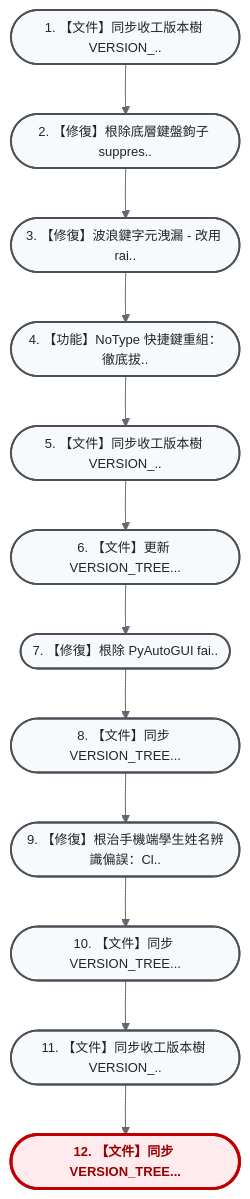
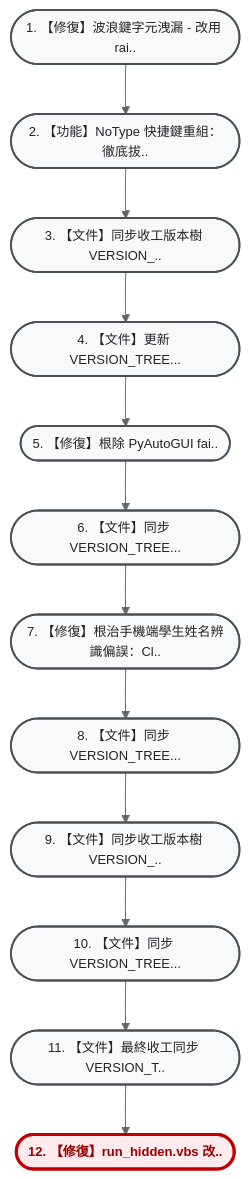
The diagram in VERSION_TREE.md (hjen8/NoType-Scribe), drawn with Mermaid (neutral theme) before and after one commit. The commit also changed other lines of this file, not shown here.

Commit message:
docs: 同步 VERSION_TREE.md 版本樹

````diff
--- a/VERSION_TREE.md
+++ b/VERSION_TREE.md
@@ -13,30 +13,30 @@
 ```mermaid
 flowchart TD
     %% 雙壁版本樹專用視覺化配色風格 (由上而下 TD 垂直大字純中文版)
     classDef default fill:#f8f9fa,stroke:#495057,stroke-width:1.8px,color:#212529,font-size:13px;
     classDef current fill:#ffebee,stroke:#c00000,stroke-width:3px,color:#900,font-weight:bold,font-size:13px;
     classDef mergeNode fill:#e3f2fd,stroke:#1565c0,stroke-width:2px,color:#0d47a1,font-size:13px;
-    n_7723cba(["1. 【文件】同步收工版本樹 VERSION_.."]):::default
-    n_e2bc0e4(["2. 【修復】根除底層鍵盤鉤子 suppres.."]):::default
-    n_3a6b4ee(["3. 【修復】波浪鍵字元洩漏 - 改用 rai.."]):::default
-    n_112030c(["4. 【功能】NoType 快捷鍵重組：徹底拔.."]):::default
-    n_fde5927(["5. 【文件】同步收工版本樹 VERSION_.."]):::default
-    n_d139599(["6. 【文件】更新 VERSION_TREE..."]):::default
-    n_9ebe870(["7. 【修復】根除 PyAutoGUI fai.."]):::default
-    n_9480dc7(["8. 【文件】同步 VERSION_TREE..."]):::default
-    n_e1c1c9f(["9. 【修復】根治手機端學生姓名辨識偏誤：Cl.."]):::default
-    n_b75d44f(["10. 【文件】同步 VERSION_TREE..."]):::default
-    n_79089d2(["11. 【文件】同步收工版本樹 VERSION_.."]):::default
-    n_0029f92(["12. 【文件】同步 VERSION_TREE..."]):::current
-    n_7723cba --> n_e2bc0e4
-    n_e2bc0e4 --> n_3a6b4ee
+    n_3a6b4ee(["1. 【修復】波浪鍵字元洩漏 - 改用 rai.."]):::default
+    n_112030c(["2. 【功能】NoType 快捷鍵重組：徹底拔.."]):::default
+    n_fde5927(["3. 【文件】同步收工版本樹 VERSION_.."]):::default
+    n_d139599(["4. 【文件】更新 VERSION_TREE..."]):::default
+    n_9ebe870(["5. 【修復】根除 PyAutoGUI fai.."]):::default
+    n_9480dc7(["6. 【文件】同步 VERSION_TREE..."]):::default
+    n_e1c1c9f(["7. 【修復】根治手機端學生姓名辨識偏誤：Cl.."]):::default
+    n_b75d44f(["8. 【文件】同步 VERSION_TREE..."]):::default
+    n_79089d2(["9. 【文件】同步收工版本樹 VERSION_.."]):::default
+    n_0029f92(["10. 【文件】同步 VERSION_TREE..."]):::default
+    n_aa9902c(["11. 【文件】最終收工同步 VERSION_T.."]):::default
+    n_fcd881b(["12. 【修復】run_hidden.vbs 改.."]):::current
     n_3a6b4ee --> n_112030c
     n_112030c --> n_fde5927
     n_fde5927 --> n_d139599
     n_d139599 --> n_9ebe870
     n_9ebe870 --> n_9480dc7
     n_9480dc7 --> n_e1c1c9f
     n_e1c1c9f --> n_b75d44f
     n_b75d44f --> n_79089d2
     n_79089d2 --> n_0029f92
+    n_0029f92 --> n_aa9902c
+    n_aa9902c --> n_fcd881b
 ```
````
